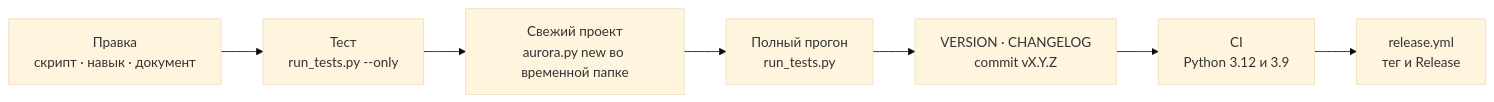
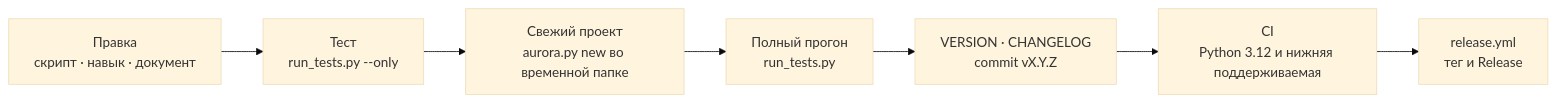
The diagram in docs/CONTRIBUTING.md (VVG-web/aurora-studio), drawn with Mermaid (base theme) before and after one commit. The commit also changed other lines of this file and 24 other files, not shown here.

````diff
--- a/docs/CONTRIBUTING.md
+++ b/docs/CONTRIBUTING.md
@@ -100,9 +100,9 @@
 ```mermaid
 flowchart LR
   A["Правка<br>скрипт · навык · документ"] --> B["Тест<br>run_tests.py --only"]
   B --> C["Свежий проект<br>aurora.py new во временной папке"]
   C --> D["Полный прогон<br>run_tests.py"]
   D --> E["VERSION · CHANGELOG<br>commit vX.Y.Z"]
-  E --> F["CI<br>Python 3.12 и 3.9"]
+  E --> F["CI<br>Python 3.12 и нижняя поддерживаемая"]
   F --> G["release.yml<br>тег и Release"]
 ```
````
